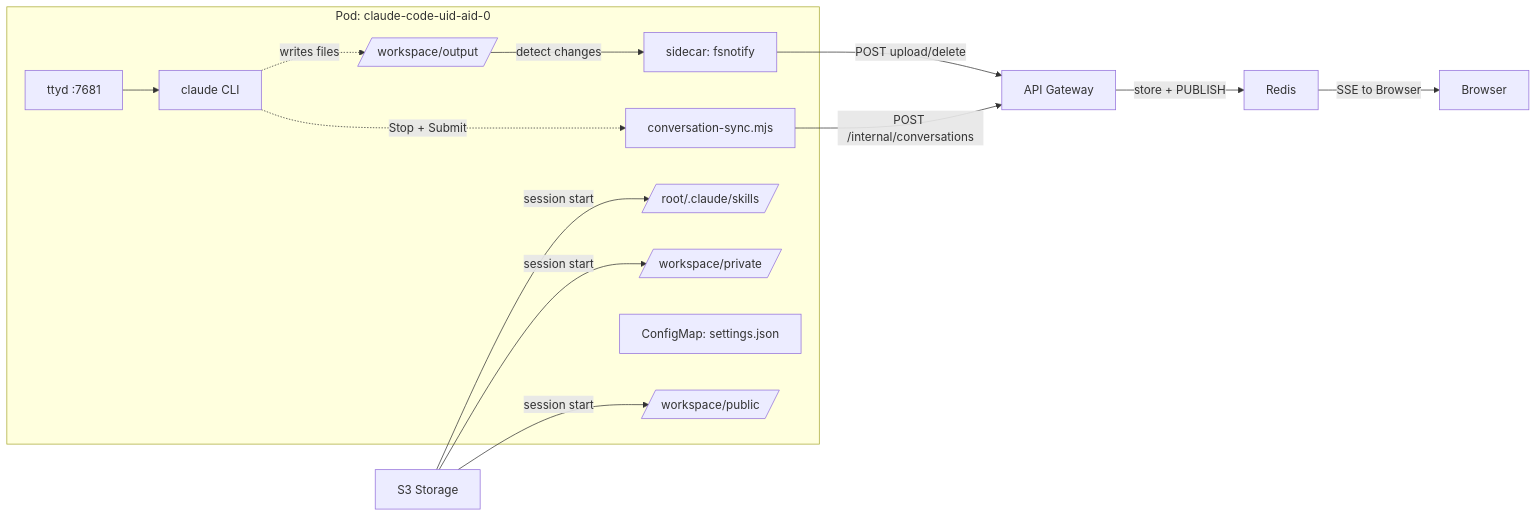
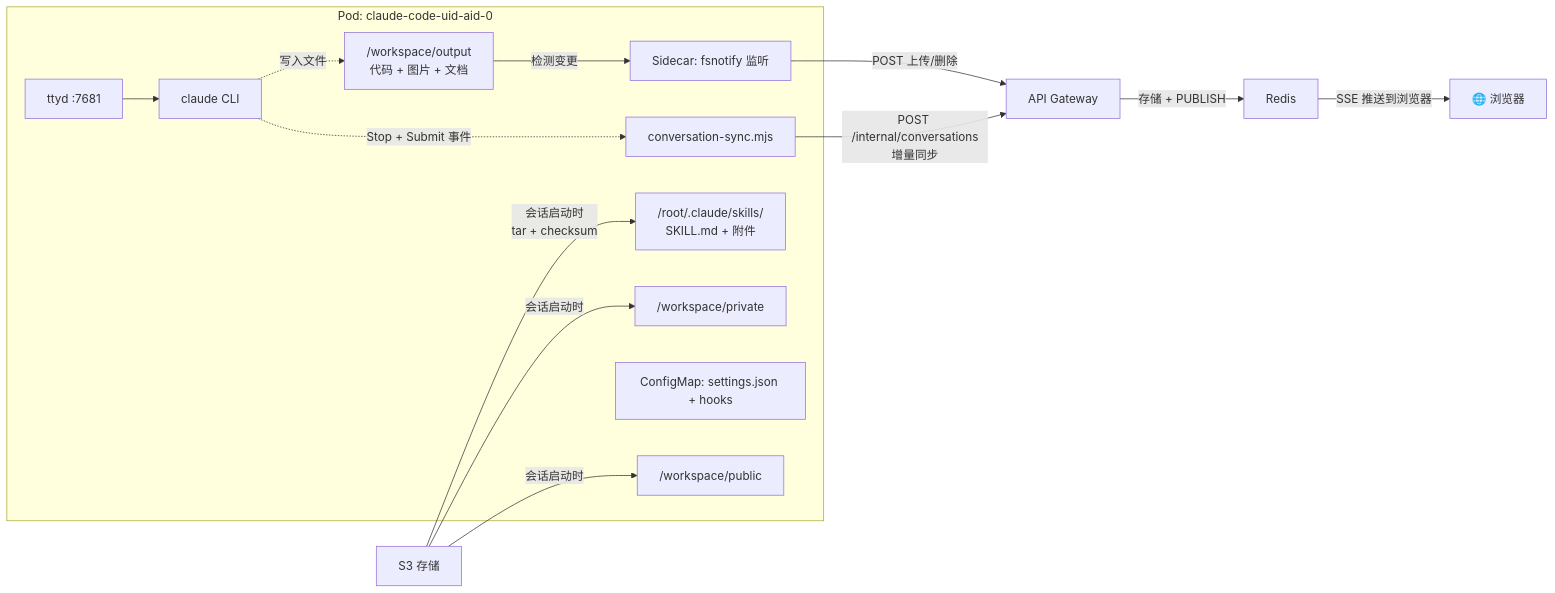
Before and after one commit to aireet/sac: the second of 2 diagrams in docs/i18n/README.zh.md, drawn with Mermaid. The commit also changed other lines of this file and 1 other file, not shown here.

First line of the commit message:
docs: restore diagram detail while keeping mermaid 9.1.3 compat

````diff
--- a/docs/i18n/README.zh.md
+++ b/docs/i18n/README.zh.md
@@ -78,24 +76,24 @@
 ```mermaid
 graph LR
-    subgraph AgentPod[Pod: claude-code-uid-aid-0]
-        ttyd[ttyd :7681] --> claude[claude CLI]
-        Hook[conversation-sync.mjs]
-        Private[/workspace/private/]
-        Public[/workspace/public/]
-        Output[/workspace/output/]
-        Skills[/root/.claude/skills/]
-        Settings[ConfigMap: settings.json]
-        Watcher[sidecar: fsnotify]
+    subgraph AgentPod["Pod: claude-code-uid-aid-0"]
+        ttyd["ttyd :7681"] --> claude["claude CLI"]
+        Hook["conversation-sync.mjs"]
+        Private["/workspace/private"]
+        Public["/workspace/public"]
+        Output["/workspace/output<br/>代码 + 图片 + 文档"]
+        Skills["/root/.claude/skills/<br/>SKILL.md + 附件"]
+        Settings["ConfigMap: settings.json + hooks"]
+        Watcher["Sidecar: fsnotify 监听"]
     end
 
-    claude -.->|writes files| Output
-    claude -.->|Stop + Submit| Hook
-    Hook -->|POST /internal/conversations| API[API Gateway]
-    S3[S3 Storage] -->|session start| Skills
-    S3 -->|session start| Private
-    S3 -->|session start| Public
-    Output -->|detect changes| Watcher
-    Watcher -->|POST upload/delete| API
-    API -->|store + PUBLISH| Redis[Redis]
-    Redis -->|SSE to Browser| Browser[Browser]
+    claude -.->|"写入文件"| Output
+    claude -.->|"Stop + Submit 事件"| Hook
+    Hook -->|"POST /internal/conversations<br/>增量同步"| API["API Gateway"]
+    S3["S3 存储"] -->|"会话启动时<br/>tar + checksum"| Skills
+    S3 -->|"会话启动时"| Private
+    S3 -->|"会话启动时"| Public
+    Output -->|"检测变更"| Watcher
+    Watcher -->|"POST 上传/删除"| API
+    API -->|"存储 + PUBLISH"| Redis["Redis"]
+    Redis -->|"SSE 推送到浏览器"| Browser["🌐 浏览器"]
 ```
````
